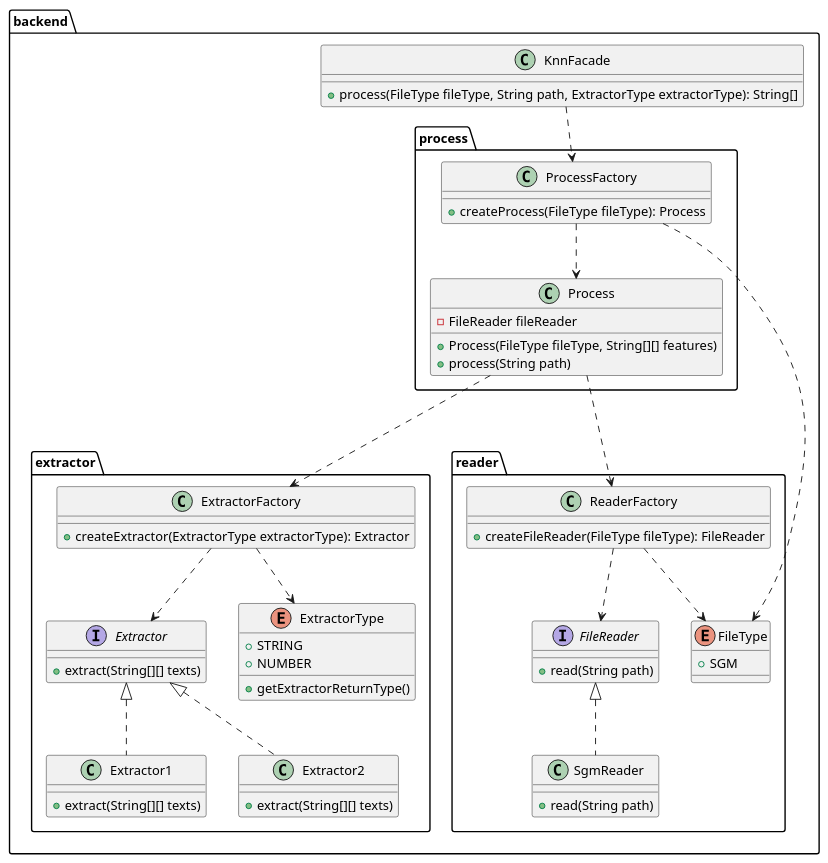
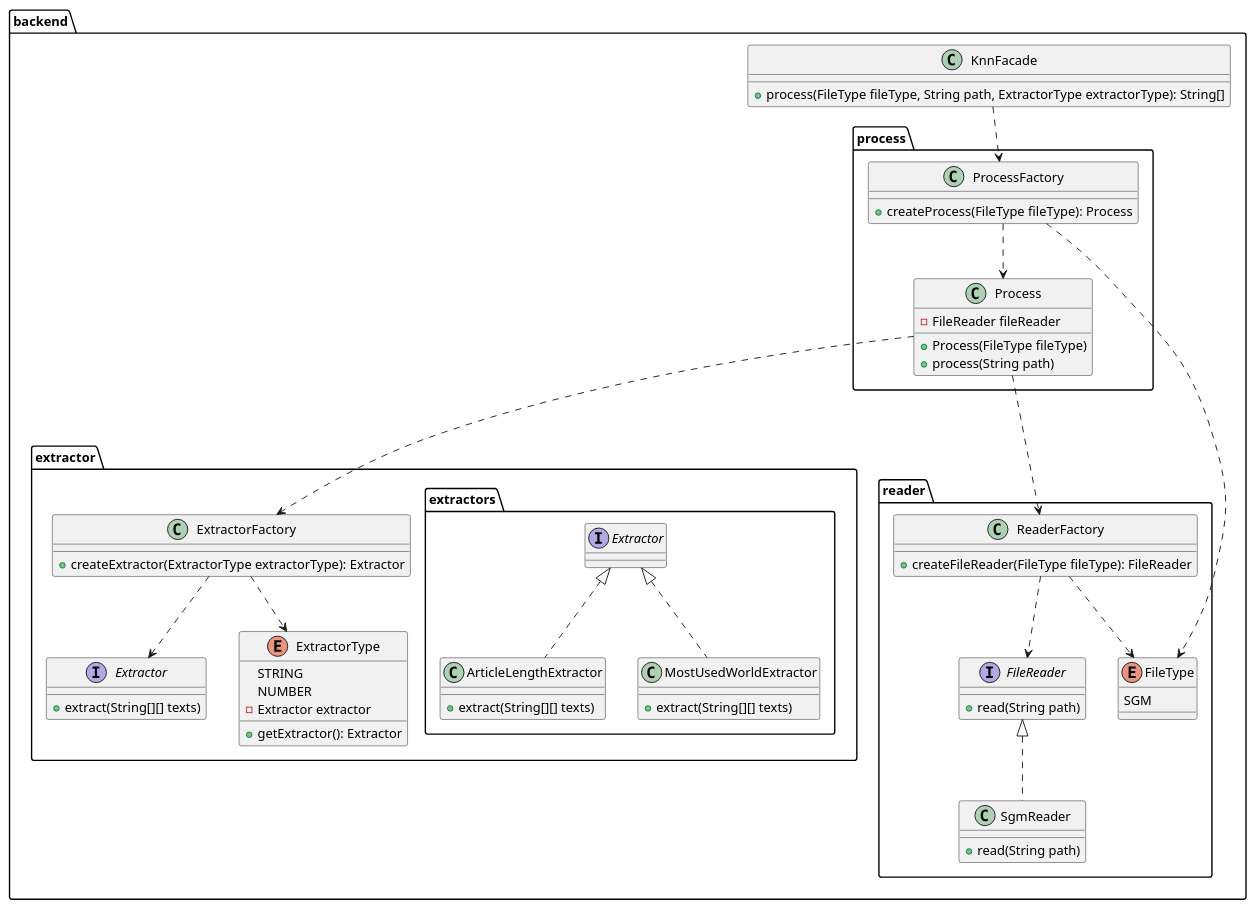
Before and after one commit to kambed/Computer-Recognition-Systems: the second of 2 diagrams in README.md, drawn with PlantUML. The commit also changed other lines of this file and 4 other files, not shown here.

````diff
--- a/README.md
+++ b/README.md
@@ -31,61 +32,64 @@
 ```plantuml
 top to bottom direction
 package backend {
     package reader {
         interface FileReader {
             + read(String path)
         }
         class SgmReader implements FileReader {
             + read(String path)
         }
         
         class ReaderFactory {
             + createFileReader(FileType fileType): FileReader
         }
         ReaderFactory ..> FileReader
         ReaderFactory ..> FileType
         enum FileType {
-            + SGM
+            SGM
         }
     }
     package extractor {
         interface Extractor {
             + extract(String[][] texts)
         }
-        class Extractor1 implements Extractor {
-            + extract(String[][] texts)
-        }
-        class Extractor2 implements Extractor {
-            + extract(String[][] texts)
+        package extractors {
+            class ArticleLengthExtractor implements Extractor {
+                + extract(String[][] texts)
+            }
+            class MostUsedWorldExtractor implements Extractor {
+                + extract(String[][] texts)
+            }
         }
         class ExtractorFactory {
             + createExtractor(ExtractorType extractorType): Extractor
         }
         enum ExtractorType {
-            + STRING
-            + NUMBER
-            + getExtractorReturnType()
+            STRING
+            NUMBER
+            - Extractor extractor
+            + getExtractor(): Extractor
         }
         ExtractorFactory ..> Extractor
         ExtractorFactory ..> ExtractorType
     }
     package process {
         class Process {
             - FileReader fileReader
-            + Process(FileType fileType, String[][] features)
+            + Process(FileType fileType)
             + process(String path)
         }
         Process ...> ReaderFactory
         Process ...> ExtractorFactory
         class ProcessFactory {
             + createProcess(FileType fileType): Process
         }
         ProcessFactory ..> Process
         ProcessFactory ..> FileType
     }
     class KnnFacade {
         + process(FileType fileType, String path, ExtractorType extractorType): String[]
     }
     KnnFacade ..> ProcessFactory
 }
 ```
````
